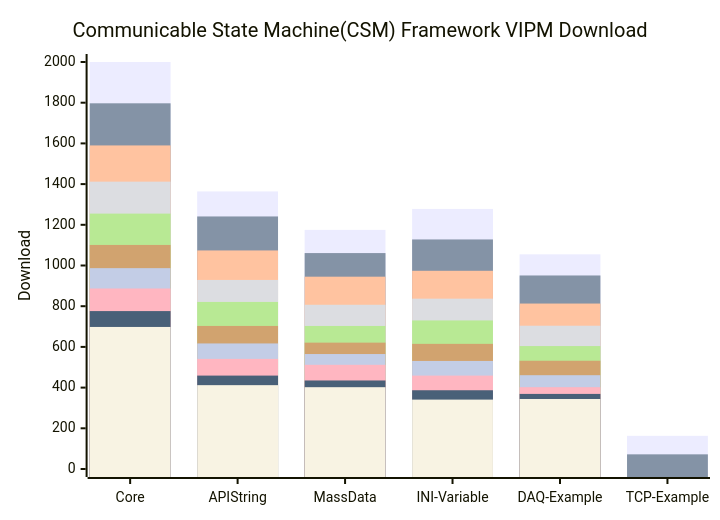
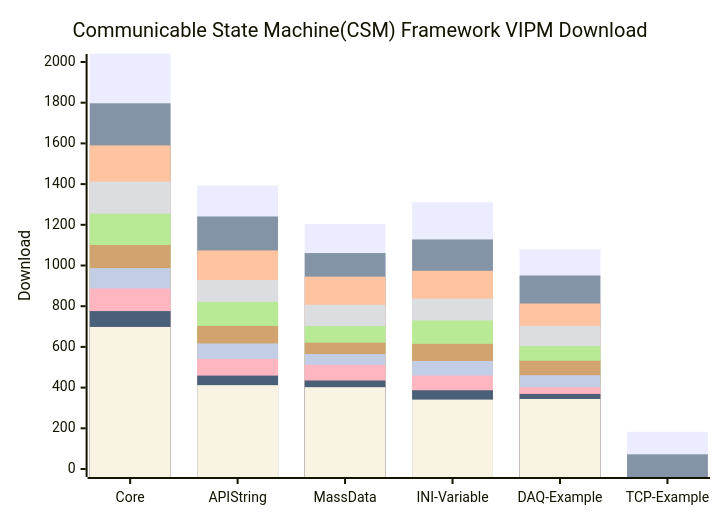
One commit to NEVSTOP-LAB/.github changed the diagram in profile/README.md. Above: the diagram before and after it, drawn with Mermaid.

````diff
--- a/profile/README.md
+++ b/profile/README.md
@@ -31,16 +31,16 @@
 ```mermaid
     xychart-beta
     title "Communicable State Machine(CSM) Framework VIPM Download"
     x-axis [Core, API String, MassData, INI-Variable, DAQ-Example, TCP-Example]
     y-axis "Download" 0 --> 2000
-    bar   [2000, 1364, 1175, 1278, 1055, 163]
+    bar   [2041, 1393, 1204, 1311, 1079, 183]
     bar   [1797, 1241, 1061, 1128, 951, 72]
     bar   [1590, 1074, 945, 974, 813]
     bar   [1412, 929, 807, 837, 704]
     bar   [1255, 821, 703, 730, 604]
     bar   [1101, 703, 621, 615, 532]
     bar   [987, 617, 565, 531, 461]
     bar   [887, 541, 512, 459, 402]
     bar   [776, 459, 435, 387, 369]
     bar   [698, 412, 402, 341, 344]
 ```
````
